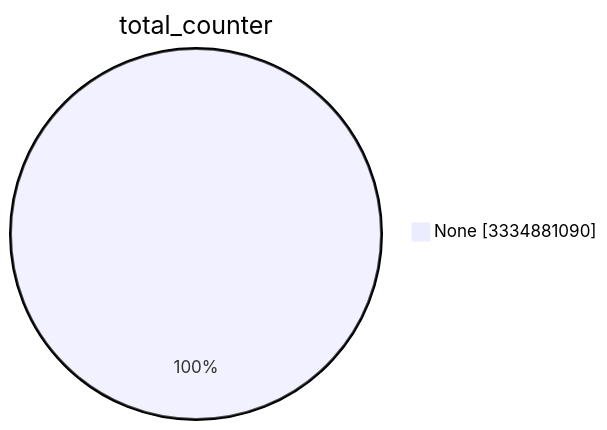
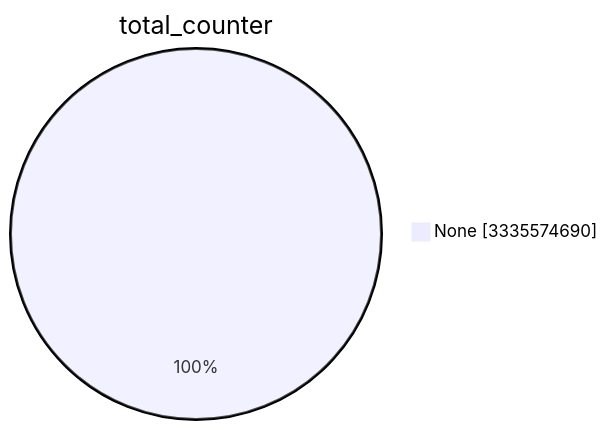
One commit to christiankrug/ctmonitor_visualization changed the first of 15 diagrams in TOTAL/README.md. Above: the diagram before and after it, drawn with Mermaid. The commit also changed other lines of this file, not shown here.

````diff
--- a/TOTAL/README.md
+++ b/TOTAL/README.md
@@ -1,5 +1,5 @@
 ```mermaid
 pie showData
 title total_counter
-"None" :3334881090
+"None" :3335574690
 ```
````
